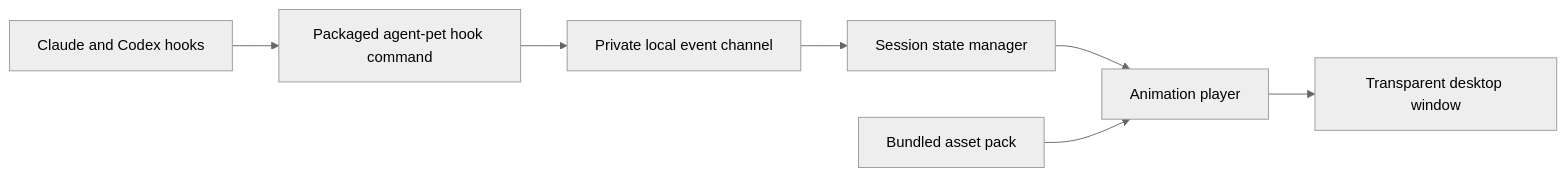
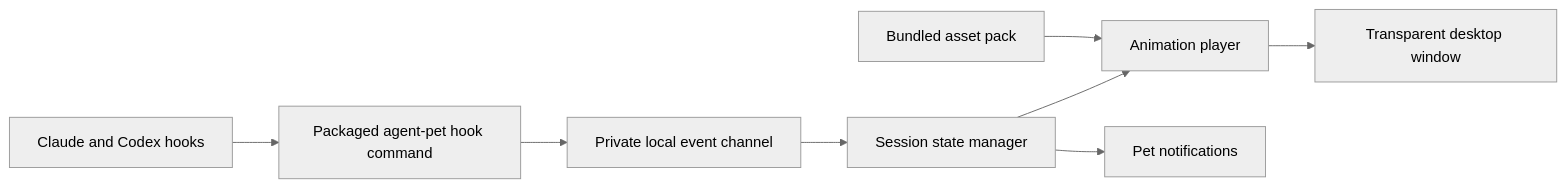
Before and after one commit to WindyWin/vpet-agent-pet: the diagram in PLAN.md, drawn with Mermaid (neutral theme). The commit also changed other lines of this file and 4 other files, not shown here.

````diff
--- a/PLAN.md
+++ b/PLAN.md
@@ -15,9 +56,10 @@
 ```mermaid
 flowchart LR
     Hooks[Claude and Codex hooks] --> CLI[Packaged agent-pet hook command]
     CLI --> IPC[Private local event channel]
     IPC --> State[Session state manager]
     State --> Player[Animation player]
+    State --> Alerts[Pet notifications]
     Assets[Bundled asset pack] --> Player
     Player --> Window[Transparent desktop window]
 ```
````
